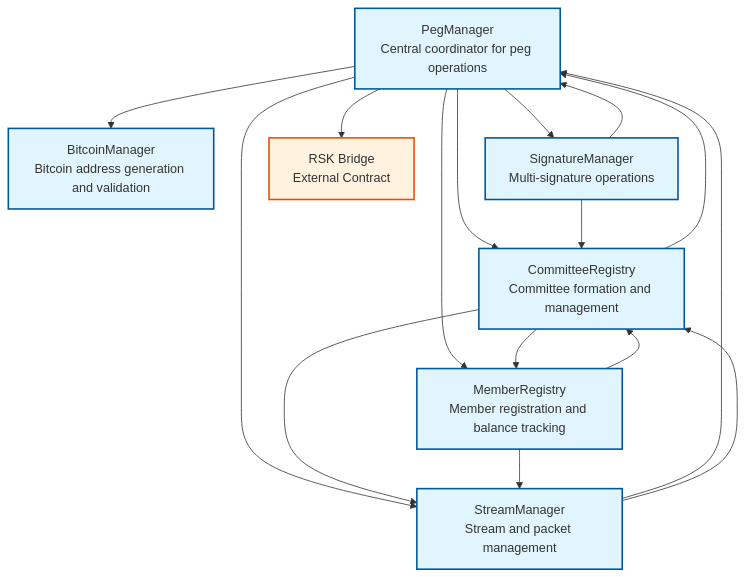
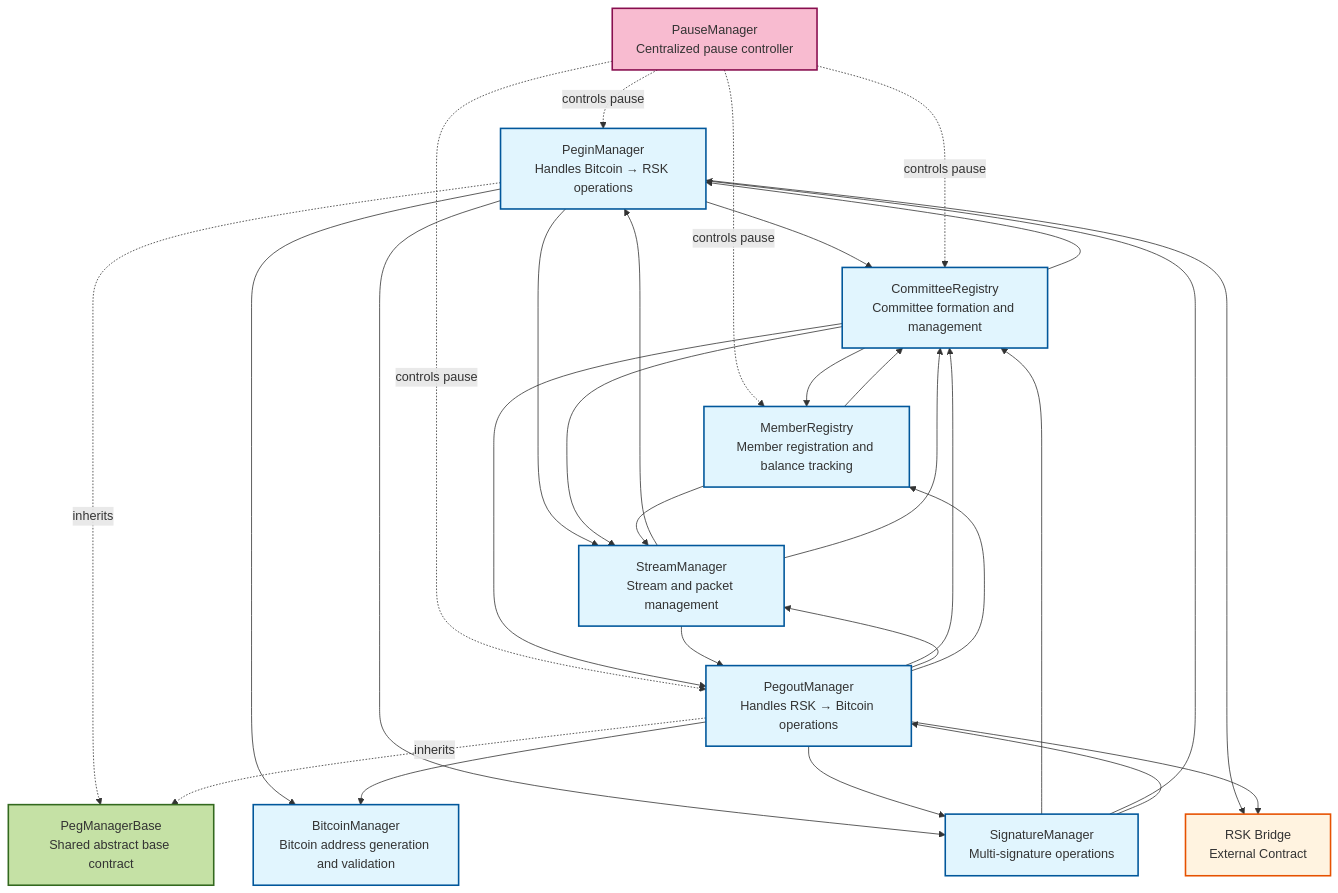
One commit to rsksmart/union-bridge-contracts changed diagram 12 of 12 in README.md. Above: the diagram before and after it, drawn with Mermaid. The commit also changed other lines of this file, not shown here.

````diff
--- a/README.md
+++ b/README.md
@@ -562,41 +562,69 @@
 ```mermaid
 graph TB
     %% Core Contracts
-    PM[PegManager<br/>Central coordinator for peg operations]
+    PIM[PeginManager<br/>Handles Bitcoin → RSK operations]
+    POM[PegoutManager<br/>Handles RSK → Bitcoin operations]
+    PMB[PegManagerBase<br/>Shared abstract base contract]
+    PAM[PauseManager<br/>Centralized pause controller]
     BM[BitcoinManager<br/>Bitcoin address generation and validation]
     CR[CommitteeRegistry<br/>Committee formation and management]
     MR[MemberRegistry<br/>Member registration and balance tracking]
     SM[StreamManager<br/>Stream and packet management]
     SigM[SignatureManager<br/>Multi-signature operations]
 
     %% External Dependencies
     Bridge[RSK Bridge<br/>External Contract]
 
-    %% Relationships
-    PM --> BM
-    PM --> CR
-    PM --> SM
-    PM --> SigM
-    PM --> MR
-    PM --> Bridge
-    
+    %% Inheritance
+    PIM -.inherits.-> PMB
+    POM -.inherits.-> PMB
+
+    %% PeginManager Relationships
+    PIM --> BM
+    PIM --> CR
+    PIM --> SM
+    PIM --> SigM
+    PIM --> Bridge
+
+    %% PegoutManager Relationships
+    POM --> BM
+    POM --> CR
+    POM --> SM
+    POM --> SigM
+    POM --> MR
+    POM --> Bridge
+
+    %% PauseManager Relationships
+    PAM -.controls pause.-> PIM
+    PAM -.controls pause.-> POM
+    PAM -.controls pause.-> CR
+    PAM -.controls pause.-> MR
+
+    %% Other Relationships
     CR --> MR
     CR --> SM
-    CR --> PM
-    
+    CR --> PIM
+    CR --> POM
+
     MR --> SM
     MR --> CR
-    
+
     SigM --> CR
-    SigM --> PM
-    
-    SM --> PM
+    SigM --> PIM
+    SigM --> POM
+
+    SM --> PIM
+    SM --> POM
     SM --> CR
 
     %% Styling
     classDef coreContract fill:#e1f5fe,stroke:#01579b,stroke-width:2px
+    classDef baseContract fill:#c5e1a5,stroke:#33691e,stroke-width:2px
+    classDef pauseContract fill:#f8bbd0,stroke:#880e4f,stroke-width:2px
     classDef external fill:#fff3e0,stroke:#e65100,stroke-width:2px
-    
-    class PM,BM,CR,MR,SM,SigM coreContract
+
+    class PIM,POM,BM,CR,MR,SM,SigM coreContract
+    class PMB baseContract
+    class PAM pauseContract
     class Bridge external
 ```
````
